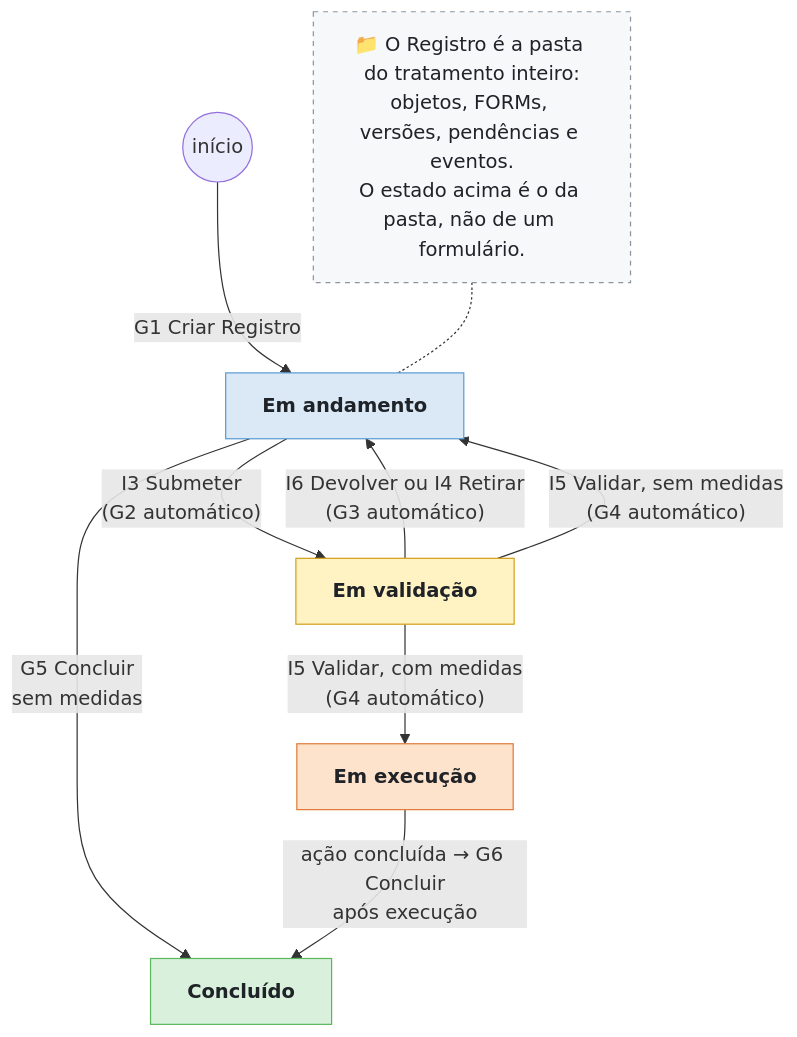
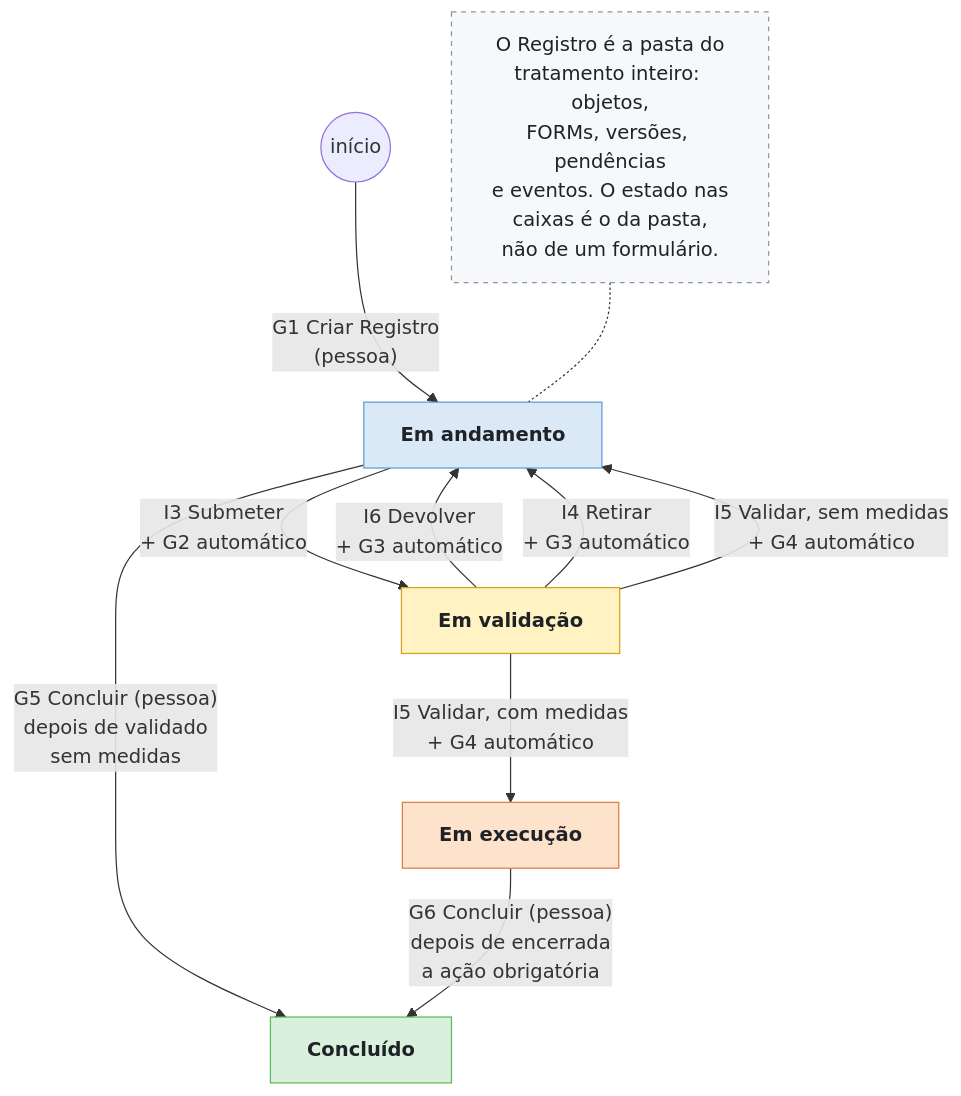
Before and after one commit to ailtonfv/governanca-lgpd-hortolandia: the first of 6 diagrams in docs/arquitetura/MAPA_M1a.md, drawn with Mermaid. The commit also changed other lines of this file, not shown here.

Commit message:
Mapa do M1a: legenda I/G, uma seta por ato, estados do FORM 1, nota do Registro como pasta

````diff
--- a/docs/arquitetura/MAPA_M1a.md
+++ b/docs/arquitetura/MAPA_M1a.md
@@ -9,19 +19,20 @@
 ```mermaid
 flowchart TD
-    I(("início")) -- "G1 Criar Registro" --> A["Em andamento"]
-    A -- "I3 Submeter<br/>(G2 automático)" --> V["Em validação"]
-    V -- "I6 Devolver ou I4 Retirar<br/>(G3 automático)" --> A
-    V -- "I5 Validar, sem medidas<br/>(G4 automático)" --> A
-    V -- "I5 Validar, com medidas<br/>(G4 automático)" --> X["Em execução"]
-    A -- "G5 Concluir<br/>sem medidas" --> C["Concluído"]
-    X -- "ação concluída → G6 Concluir<br/>após execução" --> C
-    R["📁 O Registro é a pasta do tratamento inteiro:<br/>objetos, FORMs, versões, pendências e eventos.<br/>O estado acima é o da pasta, não de um formulário."]
+    I(("início")) -- "G1 Criar Registro<br/>(pessoa)" --> A["Em andamento"]
+    A -- "I3 Submeter<br/>+ G2 automático" --> V["Em validação"]
+    V -- "I6 Devolver<br/>+ G3 automático" --> A
+    V -- "I4 Retirar<br/>+ G3 automático" --> A
+    V -- "I5 Validar, sem medidas<br/>+ G4 automático" --> A
+    V -- "I5 Validar, com medidas<br/>+ G4 automático" --> X["Em execução"]
+    A -- "G5 Concluir (pessoa)<br/>depois de validado<br/>sem medidas" --> C["Concluído"]
+    X -- "G6 Concluir (pessoa)<br/>depois de encerrada<br/>a ação obrigatória" --> C
+    R["O Registro é a pasta do<br/>tratamento inteiro: objetos,<br/>FORMs, versões, pendências<br/>e eventos. O estado nas<br/>caixas é o da pasta,<br/>não de um formulário."]
     R -.- A
     classDef estado color:#1f2328,font-weight:bold
     class A,V,X,C estado
     style A fill:#dbe9f7,stroke:#5b9bd5,color:#1f2328
     style V fill:#fff3c4,stroke:#d4a017,color:#1f2328
     style X fill:#fde3cc,stroke:#e07b39,color:#1f2328
     style C fill:#d8f0dc,stroke:#5cb85c,color:#1f2328
     style R fill:#f6f8fa,stroke:#8c959f,color:#1f2328,stroke-dasharray:4
 ```
````
